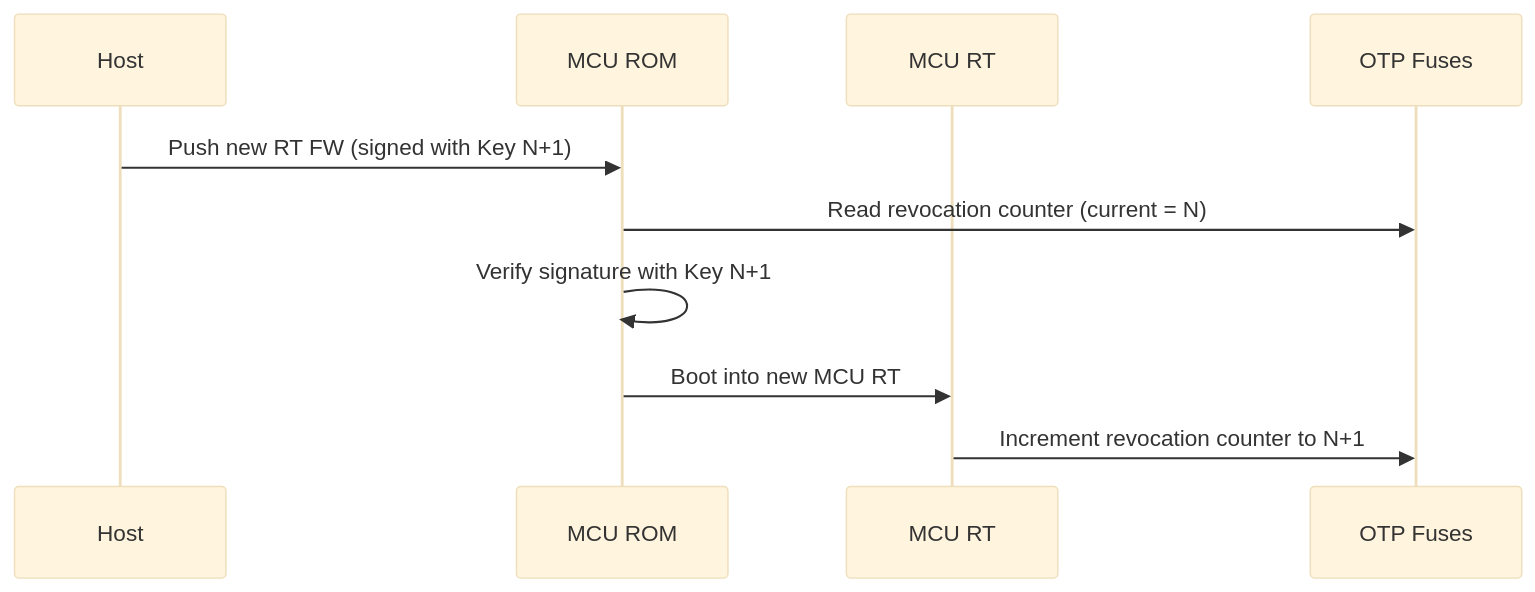
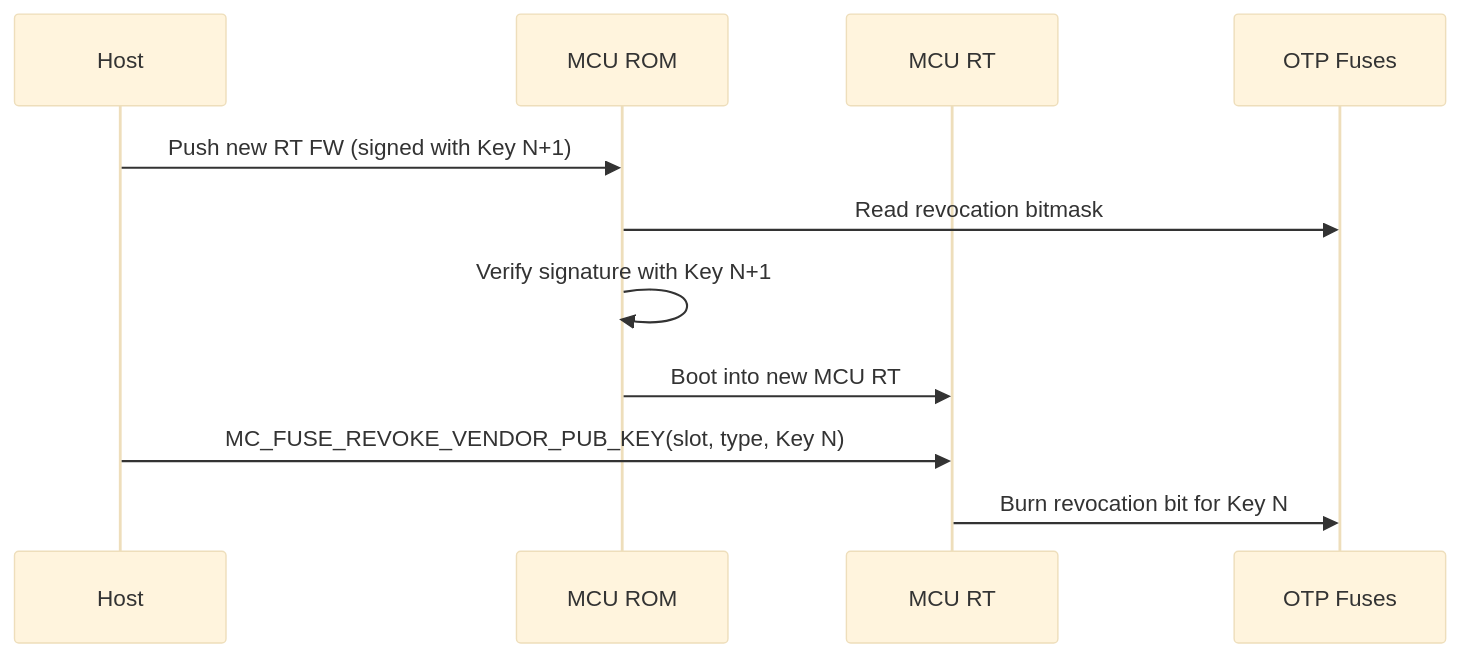
One commit to chipsalliance/caliptra-mcu-sw changed the first of 2 diagrams in docs/src/integrator-guide.md. Above: the diagram before and after it, drawn with Mermaid (base theme). The commit also changed other lines of this file and 2 other files, not shown here.

Commit message:
[doc] Key revocation support updates

````diff
--- a/docs/src/integrator-guide.md
+++ b/docs/src/integrator-guide.md
@@ -133,13 +149,14 @@
 ```mermaid
 sequenceDiagram
     participant Host
     participant MCU_ROM as MCU ROM
     participant MCU_RT as MCU RT
     participant Fuses as OTP Fuses
     
     Host->>MCU_ROM: Push new RT FW (signed with Key N+1)
-    MCU_ROM->>Fuses: Read revocation counter (current = N)
+    MCU_ROM->>Fuses: Read revocation bitmask
     MCU_ROM->>MCU_ROM: Verify signature with Key N+1
     MCU_ROM->>MCU_RT: Boot into new MCU RT
-    MCU_RT->>Fuses: Increment revocation counter to N+1
+    Host->>MCU_RT: MC_FUSE_REVOKE_VENDOR_PUB_KEY(slot, type, Key N)
+    MCU_RT->>Fuses: Burn revocation bit for Key N
 ```
````
